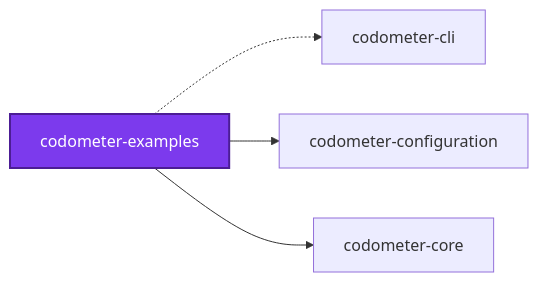
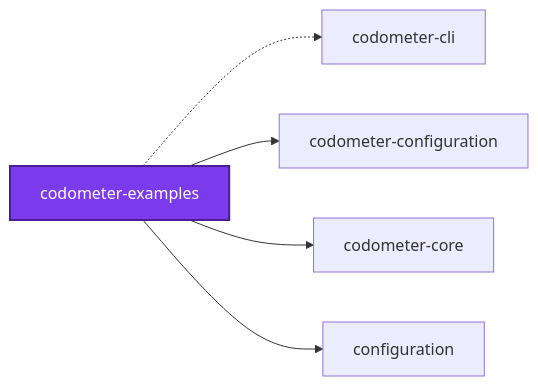
The first of 2 diagrams in projects/ic-suite/codometer/codometer-examples/README.md (organizzolini/codebase), drawn with Mermaid before and after one commit. The commit also changed other lines of this file and 2324 other files, not shown here.

````diff
--- a/projects/ic-suite/codometer/codometer-examples/README.md
+++ b/projects/ic-suite/codometer/codometer-examples/README.md
@@ -463,12 +463,14 @@
 ```mermaid
 graph LR
   codometer_cli["codometer-cli"]
   codometer_configuration["codometer-configuration"]
   codometer_core["codometer-core"]
   codometer_examples["codometer-examples"]
+  configuration["configuration"]
   codometer_examples -.-> codometer_cli
   codometer_examples --> codometer_configuration
   codometer_examples --> codometer_core
+  codometer_examples --> configuration
   classDef subject fill:#7c3aed,color:#fff,stroke:#4c1d95,stroke-width:2px
   class codometer_examples subject
 ```
````
